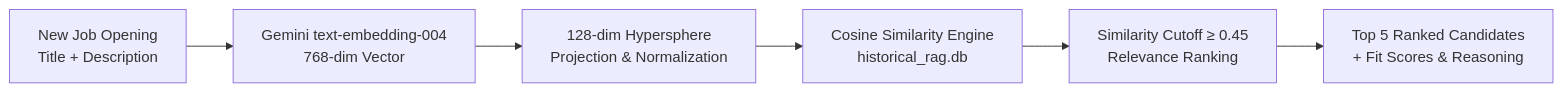
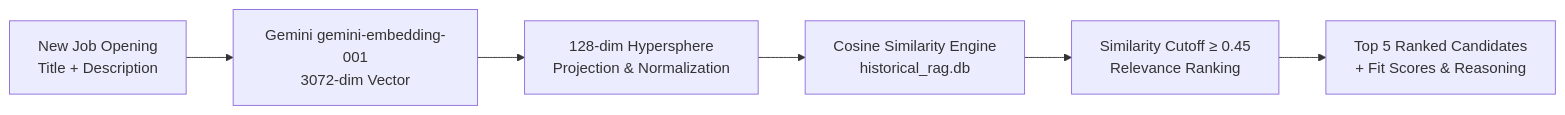
The fourth of 5 diagrams in docs/TECHNICAL_DOCUMENTATION_V2.md (VickytheWicked/Tangentia-Referral-Portal), drawn with Mermaid before and after one commit. The commit also changed other lines of this file and 2 other files, not shown here.

Commit message:
fix(rag): update Gemini embedding model to gemini-embedding-001 and handle SDK response schema

````diff
--- a/docs/TECHNICAL_DOCUMENTATION_V2.md
+++ b/docs/TECHNICAL_DOCUMENTATION_V2.md
@@ -567,8 +567,8 @@
 ```mermaid
 graph LR
-    NEW_JOB["New Job Opening<br/>Title + Description"] --> EMBED["Gemini text-embedding-004<br/>768-dim Vector"]
+    NEW_JOB["New Job Opening<br/>Title + Description"] --> EMBED["Gemini gemini-embedding-001<br/>3072-dim Vector"]
     EMBED --> HYPER["128-dim Hypersphere<br/>Projection & Normalization"]
     HYPER --> SIM["Cosine Similarity Engine<br/>historical_rag.db"]
     SIM --> FILTER["Similarity Cutoff &ge; 0.45<br/>Relevance Ranking"]
     FILTER --> DOSSIER["Top 5 Ranked Candidates<br/>+ Fit Scores & Reasoning"]
 ```
````
